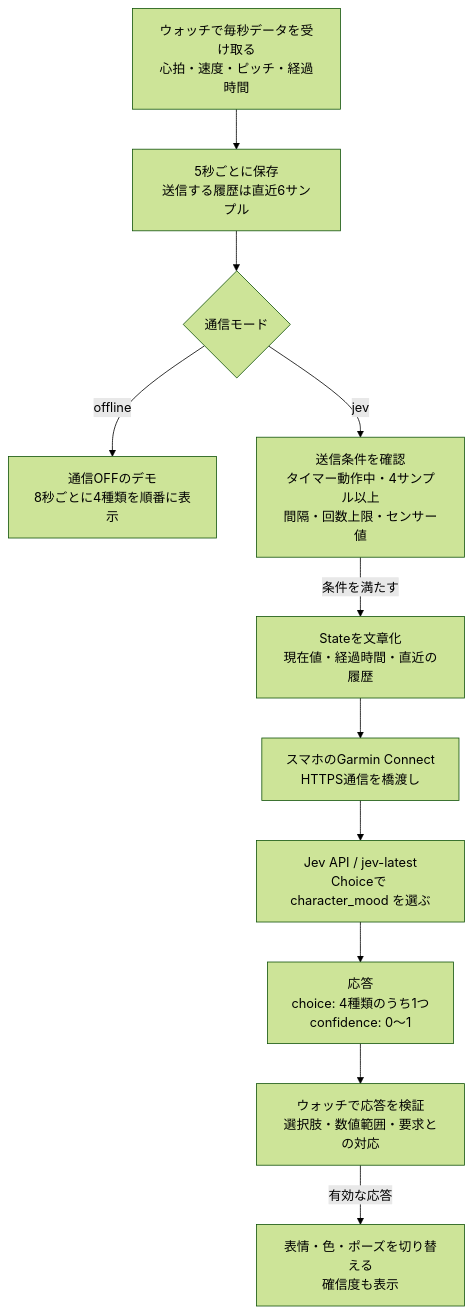
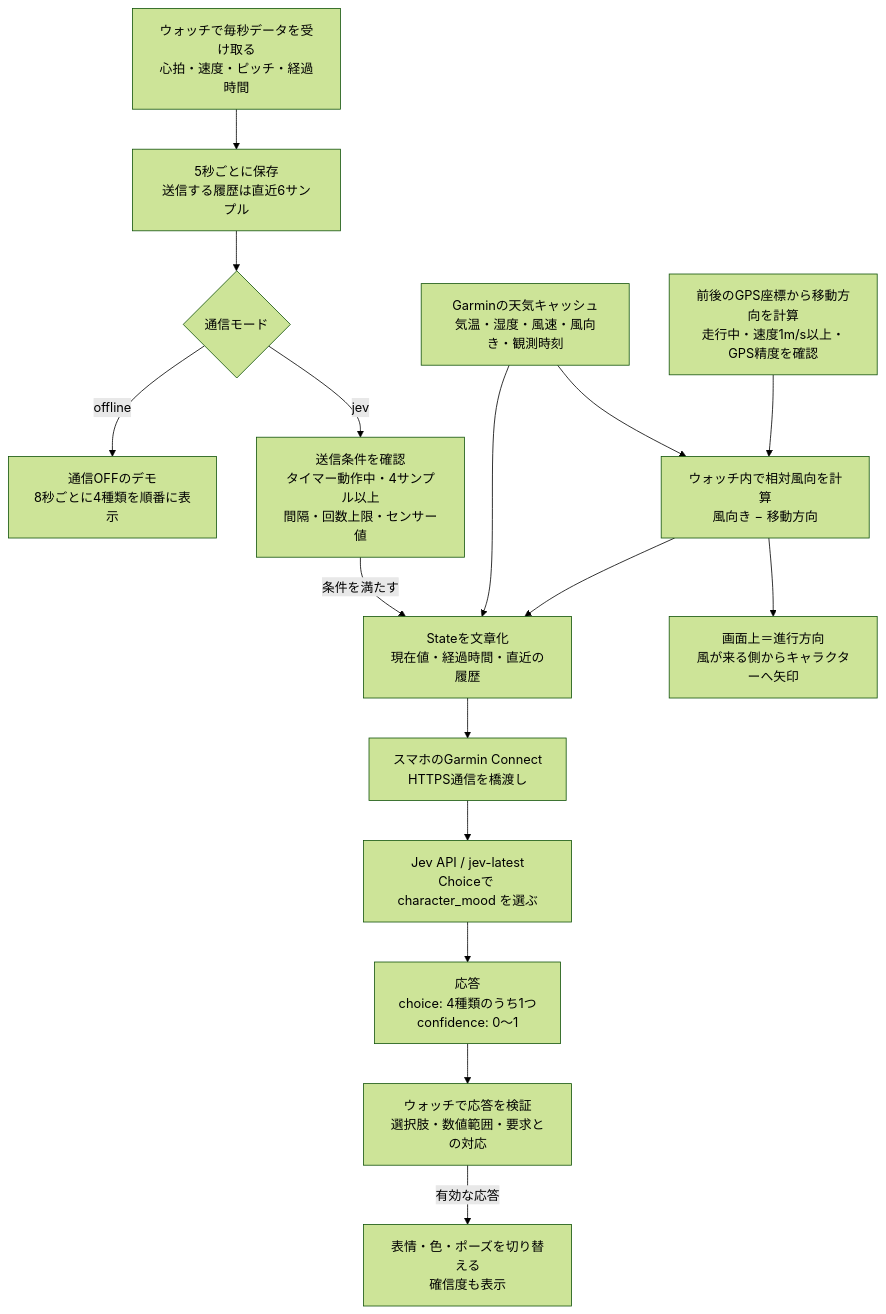
Before and after one commit to kuromoka/garmin-fuel-guide: the diagram in docs/how-jev-works.md, drawn with Mermaid (forest theme). The commit also changed other lines of this file and 10 other files, not shown here.

````diff
--- a/docs/how-jev-works.md
+++ b/docs/how-jev-works.md
@@ -7,19 +7,27 @@
 ```mermaid
 flowchart TD
     A["ウォッチで毎秒データを受け取る<br/>心拍・速度・ピッチ・経過時間"]
     B["5秒ごとに保存<br/>送信する履歴は直近6サンプル"]
     M{"通信モード"}
     D["通信OFFのデモ<br/>8秒ごとに4種類を順番に表示"]
     G["送信条件を確認<br/>タイマー動作中・4サンプル以上<br/>間隔・回数上限・センサー値"]
     S["Stateを文章化<br/>現在値・経過時間・直近の履歴"]
     P["スマホのGarmin Connect<br/>HTTPS通信を橋渡し"]
     J["Jev API / jev-latest<br/>Choiceで character_mood を選ぶ"]
     R["応答<br/>choice: 4種類のうち1つ<br/>confidence: 0〜1"]
     V["ウォッチで応答を検証<br/>選択肢・数値範囲・要求との対応"]
     C["表情・色・ポーズを切り替える<br/>確信度も表示"]
+    W["Garminの天気キャッシュ<br/>気温・湿度・風速・風向き・観測時刻"]
+    H["前後のGPS座標から移動方向を計算<br/>走行中・速度1m/s以上・GPS精度を確認"]
+    F["ウォッチ内で相対風向を計算<br/>風向き − 移動方向"]
+    W --> S
+    W --> F
+    H --> F
+    F --> S
+    F --> WC["画面上＝進行方向<br/>風が来る側からキャラクターへ矢印"]
     A --> B --> M
     M -->|offline| D
     M -->|jev| G
     G -->|条件を満たす| S --> P --> J
     J --> R --> V -->|有効な応答| C
 ```
````
